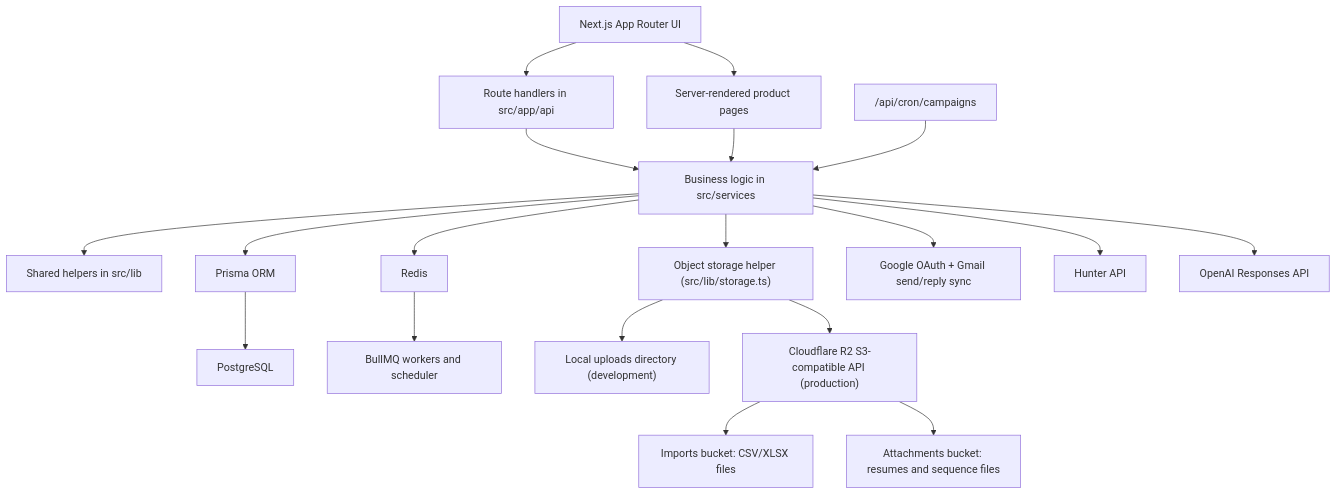
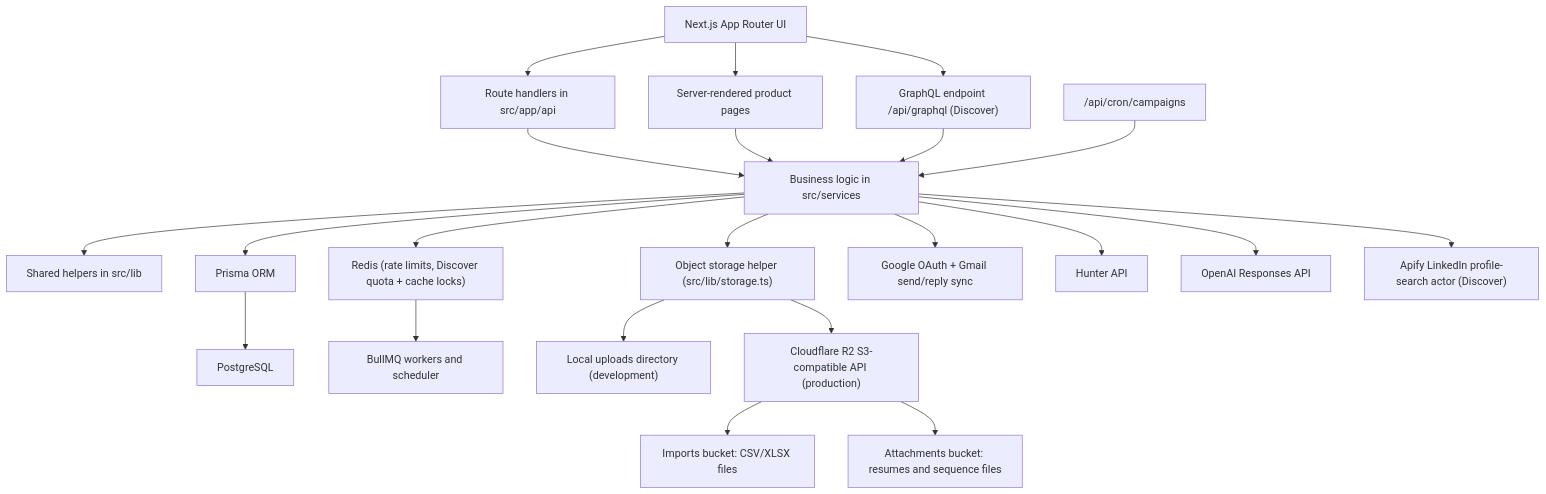
Before and after one commit to ka8540/Sendloom: the second of 16 diagrams in README.md, drawn with Mermaid. The commit also changed other lines of this file, not shown here.

First line of the commit message:
docs(README): add Discover UML + sequence diagrams for list/detail + Add 10 more

````diff
--- a/README.md
+++ b/README.md
@@ -308,21 +308,24 @@
 ```mermaid
 flowchart TD
     UI["Next.js App Router UI"] --> API["Route handlers in src/app/api"]
     UI --> SSR["Server-rendered product pages"]
+    UI --> GraphQL["GraphQL endpoint /api/graphql (Discover)"]
     API --> Services["Business logic in src/services"]
     SSR --> Services
+    GraphQL --> Services
     Services --> Lib["Shared helpers in src/lib"]
     Services --> Prisma["Prisma ORM"]
     Prisma --> Postgres["PostgreSQL"]
-    Services --> Redis["Redis"]
+    Services --> Redis["Redis (rate limits, Discover quota + cache locks)"]
     Redis --> Workers["BullMQ workers and scheduler"]
     Services --> Storage["Object storage helper (src/lib/storage.ts)"]
     Storage --> Local["Local uploads directory (development)"]
     Storage --> R2["Cloudflare R2 S3-compatible API (production)"]
     R2 --> R2Imports["Imports bucket: CSV/XLSX files"]
     R2 --> R2Attach["Attachments bucket: resumes and sequence files"]
     Services --> Google["Google OAuth + Gmail send/reply sync"]
     Services --> Hunter["Hunter API"]
     Services --> OpenAI["OpenAI Responses API"]
+    Services --> Apify["Apify LinkedIn profile-search actor (Discover)"]
     Cron["/api/cron/campaigns"] --> Services
 ```
````
